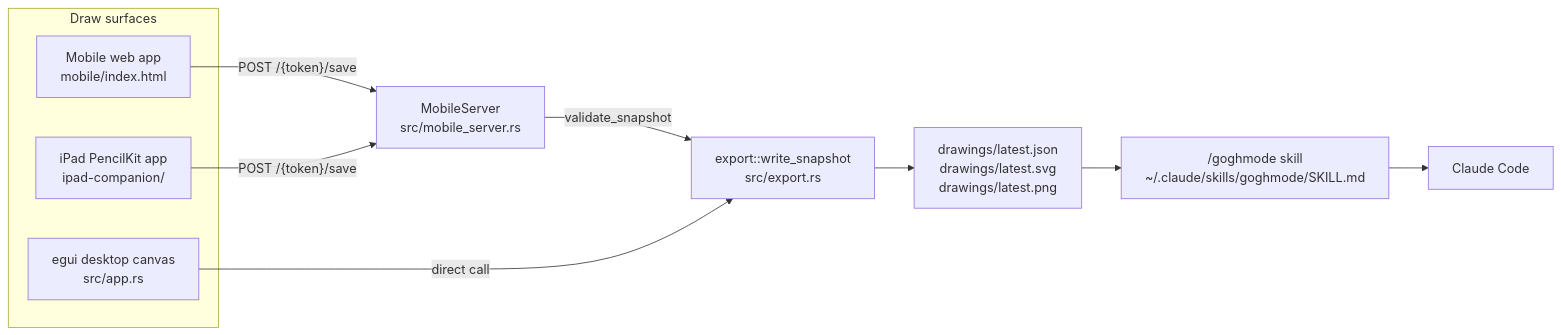
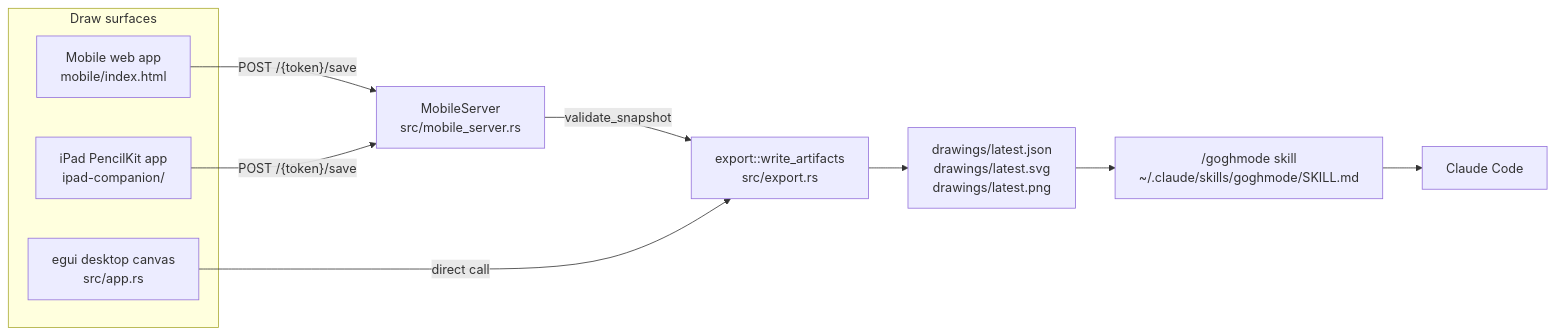
Before and after one commit to yelsed/goghmode: the diagram in docs/ARCHITECTURE.md, drawn with Mermaid. The commit also changed other lines of this file and 22 other files, not shown here.

````diff
--- a/docs/ARCHITECTURE.md
+++ b/docs/ARCHITECTURE.md
@@ -33,16 +33,16 @@
 ```mermaid
 flowchart LR
     subgraph Draw surfaces
         A[egui desktop canvas<br/>src/app.rs]
         B[Mobile web app<br/>mobile/index.html]
         C[iPad PencilKit app<br/>ipad-companion/]
     end
 
     B -- "POST /{token}/save" --> S[MobileServer<br/>src/mobile_server.rs]
     C -- "POST /{token}/save" --> S
     S -- validate_snapshot --> E
-    A -- direct call --> E[export::write_snapshot<br/>src/export.rs]
+    A -- direct call --> E[export::write_artifacts<br/>src/export.rs]
     E --> F["drawings/latest.json<br/>drawings/latest.svg<br/>drawings/latest.png"]
     F --> G["/goghmode skill<br/>~/.claude/skills/goghmode/SKILL.md"]
     G --> H[Claude Code]
 ```
````
